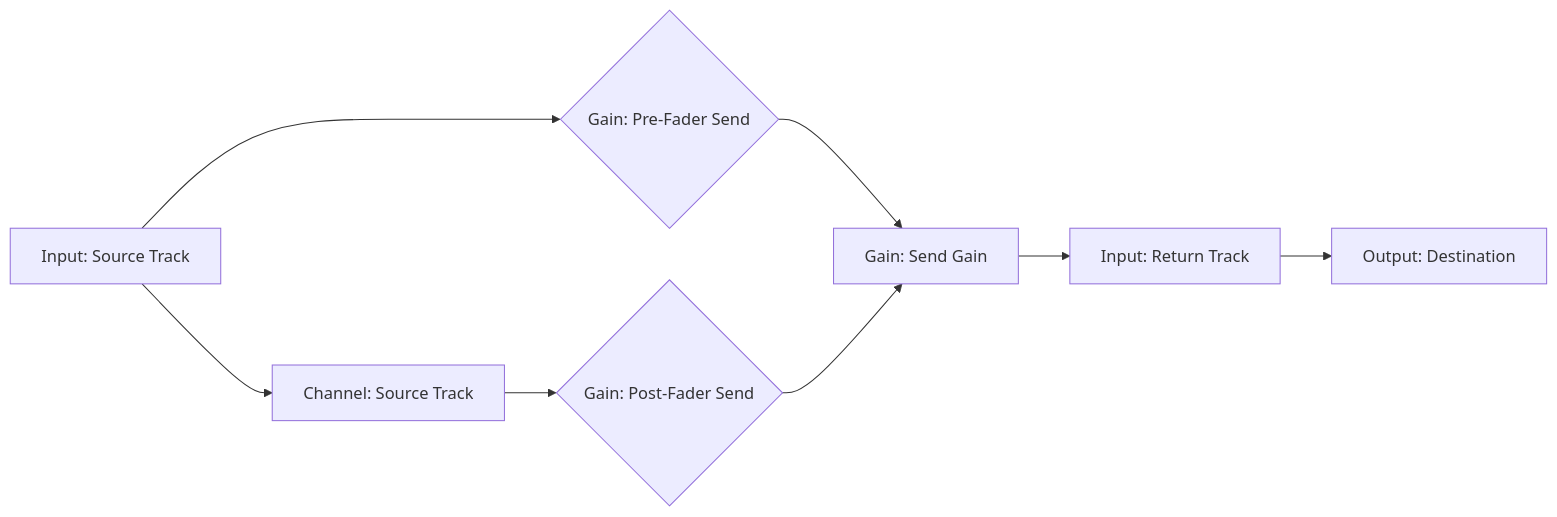
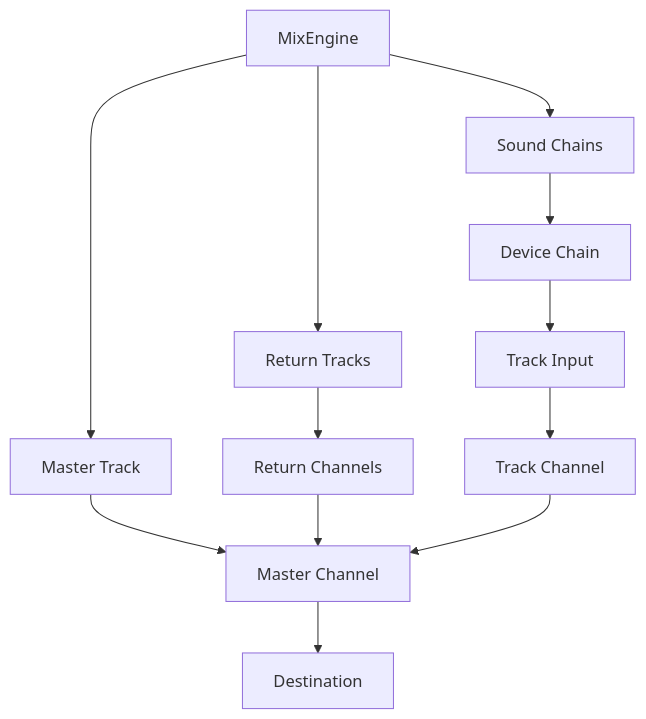
Before and after one commit to yannmazita/daw.ts: the fifth of 8 diagrams in README.md, drawn with Mermaid. The commit also changed other lines of this file, not shown here.

````diff
--- a/README.md
+++ b/README.md
@@ -189,10 +131,17 @@
 ```mermaid
-graph LR
-    A[Input: Source Track] --> B{Gain: Pre-Fader Send};
-    A --> C[Channel: Source Track];
-    C --> D{Gain: Post-Fader Send};
-    B --> E[Gain: Send Gain];
-    D --> E;
-    E --> F[Input: Return Track];
-    F --> G[Output: Destination]
+graph TD
+    A[MixEngine] --> B[Master Track]
+    A --> C[Return Tracks]
+    A --> D[Sound Chains]
+
+    B --> E[Master Channel]
+    E --> F[Destination]
+
+    C --> G[Return Channels]
+    G --> E
+
+    D --> H[Device Chain]
+    H --> I[Track Input]
+    I --> J[Track Channel]
+    J --> E
 ```
````
